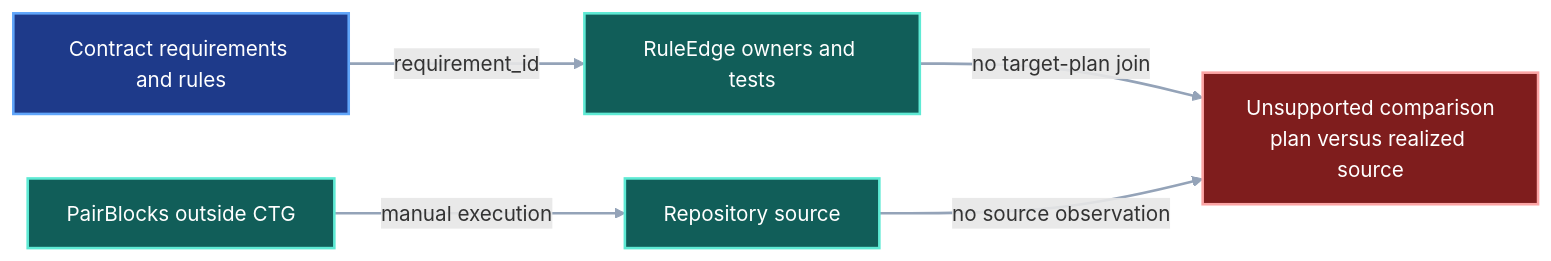
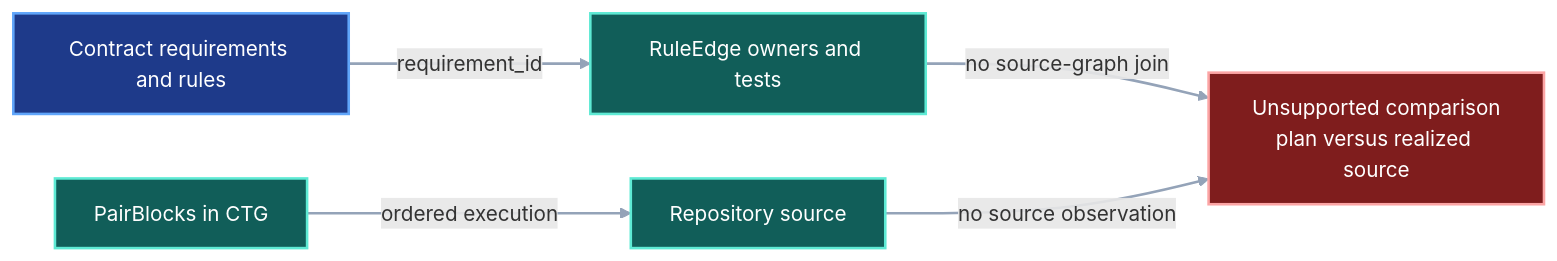
Before and after one commit to pvd232/viper: the first of 5 diagrams in docs/development/system-impact-compiler.md, drawn with Mermaid. The commit also changed other lines of this file and 32 other files, not shown here.

````diff
--- a/docs/development/system-impact-compiler.md
+++ b/docs/development/system-impact-compiler.md
@@ -117,21 +119,21 @@
 ```mermaid
 flowchart LR
     Contract["Contract requirements and rules"]
     Edges["RuleEdge owners and tests"]
-    Blocks["PairBlocks outside CTG"]
+    Blocks["PairBlocks in CTG"]
     Source["Repository source"]
     Gap["Unsupported comparison<br/>plan versus realized source"]
 
     Contract -->|"requirement_id"| Edges
-    Blocks -->|"manual execution"| Source
-    Edges -->|"no target-plan join"| Gap
+    Blocks -->|"ordered execution"| Source
+    Edges -->|"no source-graph join"| Gap
     Source -->|"no source observation"| Gap
 
     class Contract current
     class Edges,Blocks,Source evidence
     class Gap gap
     classDef current fill:#1e3a8a,stroke:#60a5fa,color:#ffffff,stroke-width:2px
     classDef evidence fill:#115e59,stroke:#5eead4,color:#ffffff,stroke-width:2px
     classDef gap fill:#7f1d1d,stroke:#fca5a5,color:#ffffff,stroke-width:2px
     linkStyle default stroke:#94a3b8,stroke-width:2px
 ```
````
